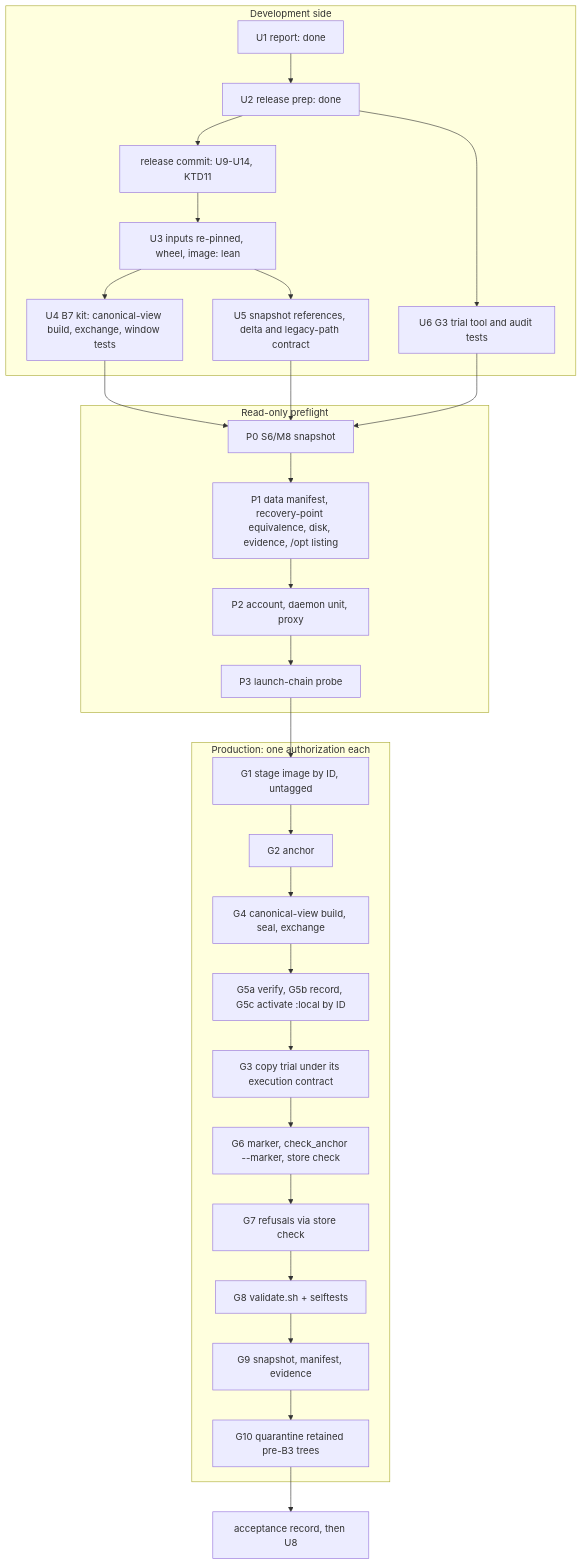
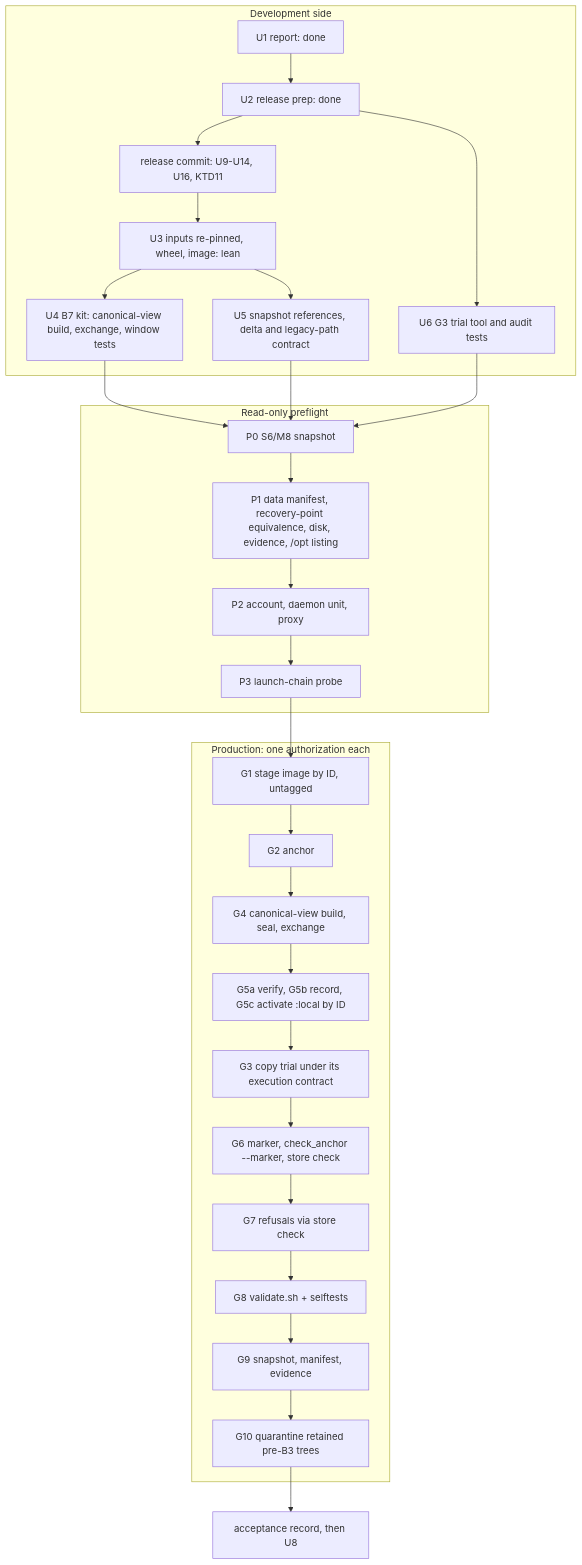
The first of 3 diagrams in docs/plans/2026-11-10-002-chore-b7-production-promotion-plan.md (riteshspisha/brand-abuse-sentinel), drawn with Mermaid before and after one commit. The commit also changed other lines of this file, not shown here.

````diff
--- a/docs/plans/2026-11-10-002-chore-b7-production-promotion-plan.md
+++ b/docs/plans/2026-11-10-002-chore-b7-production-promotion-plan.md
@@ -294,32 +305,32 @@
 ```mermaid
 flowchart TD
   subgraph DEV[Development side]
     U1[U1 report: done] --> U2[U2 release prep: done]
-    U2 --> RC[release commit: U9-U14, KTD11]
+    U2 --> RC[release commit: U9-U14, U16, KTD11]
     RC --> U3[U3 inputs re-pinned, wheel, image: lean]
     U3 --> U4[U4 B7 kit: canonical-view build, exchange, window tests]
     U3 --> U5[U5 snapshot references, delta and legacy-path contract]
     U2 --> U6[U6 G3 trial tool and audit tests]
   end
   subgraph PRE[Read-only preflight]
     P0[P0 S6/M8 snapshot] --> P1[P1 data manifest, recovery-point equivalence, disk, evidence, /opt listing]
     P1 --> P2[P2 account, daemon unit, proxy]
     P2 --> P3[P3 launch-chain probe]
   end
   U4 --> P0
   U5 --> P0
   U6 --> P0
   subgraph PROD[Production: one authorization each]
     G1[G1 stage image by ID, untagged] --> G2[G2 anchor]
     G2 --> G4[G4 canonical-view build, seal, exchange]
     G4 --> G5[G5a verify, G5b record, G5c activate :local by ID]
     G5 --> G3[G3 copy trial under its execution contract]
     G3 --> G6[G6 marker, check_anchor --marker, store check]
     G6 --> G7[G7 refusals via store check]
     G7 --> G8[G8 validate.sh + selftests]
     G8 --> G9[G9 snapshot, manifest, evidence]
     G9 --> G10[G10 quarantine retained pre-B3 trees]
   end
   P3 --> G1
   G10 --> ACC[acceptance record, then U8]
 ```
````
